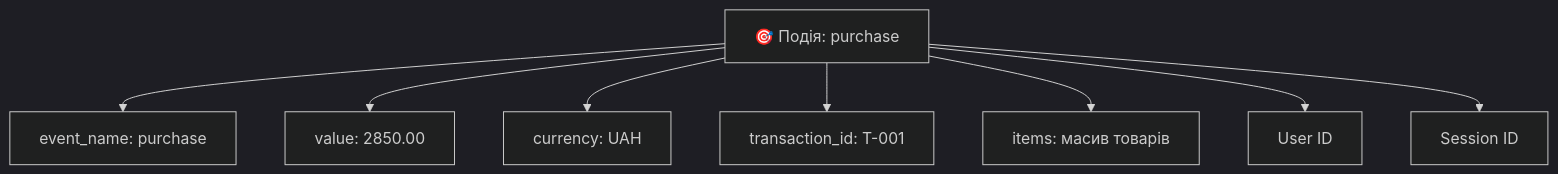
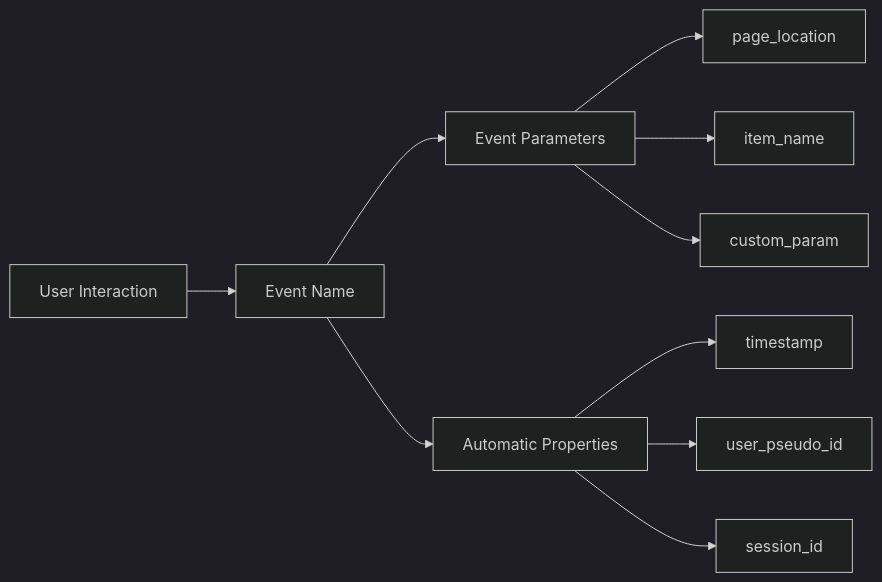
Before and after one commit to olroi421/course-seo: the second of 6 diagrams in presentations/presentation-09.md, drawn with Mermaid (dark theme). The commit also changed other lines of this file and 1 other file, not shown here.

First line of the commit message:
Enhance GA4 presentations with content & diagrams

````diff
--- a/presentations/presentation-09.md
+++ b/presentations/presentation-09.md
@@ -64,10 +74,13 @@
 ```mermaid
-graph TD
-    E[🎯 Подія: purchase] --> N[event_name: purchase]
-    E --> V[value: 2850.00]
-    E --> C[currency: UAH]
-    E --> T[transaction_id: T-001]
-    E --> I[items: масив товарів]
-    E --> U[User ID]
-    E --> Sess[Session ID]
+graph LR
+    A[User Interaction] --> B[Event Name]
+    B --> C[Event Parameters]
+    C --> D[page_location]
+    C --> E[item_name]
+    C --> F[custom_param]
+
+    B --> H[Automatic Properties]
+    H --> I[timestamp]
+    H --> J[user_pseudo_id]
+    H --> K[session_id]
 ```
````
